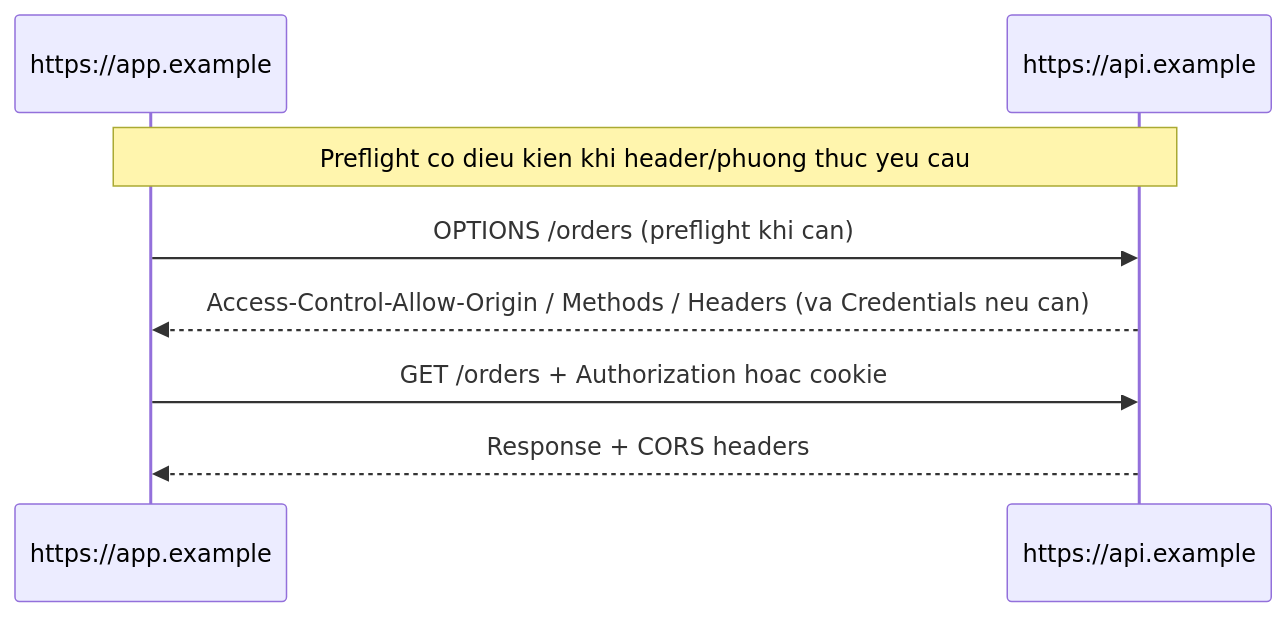
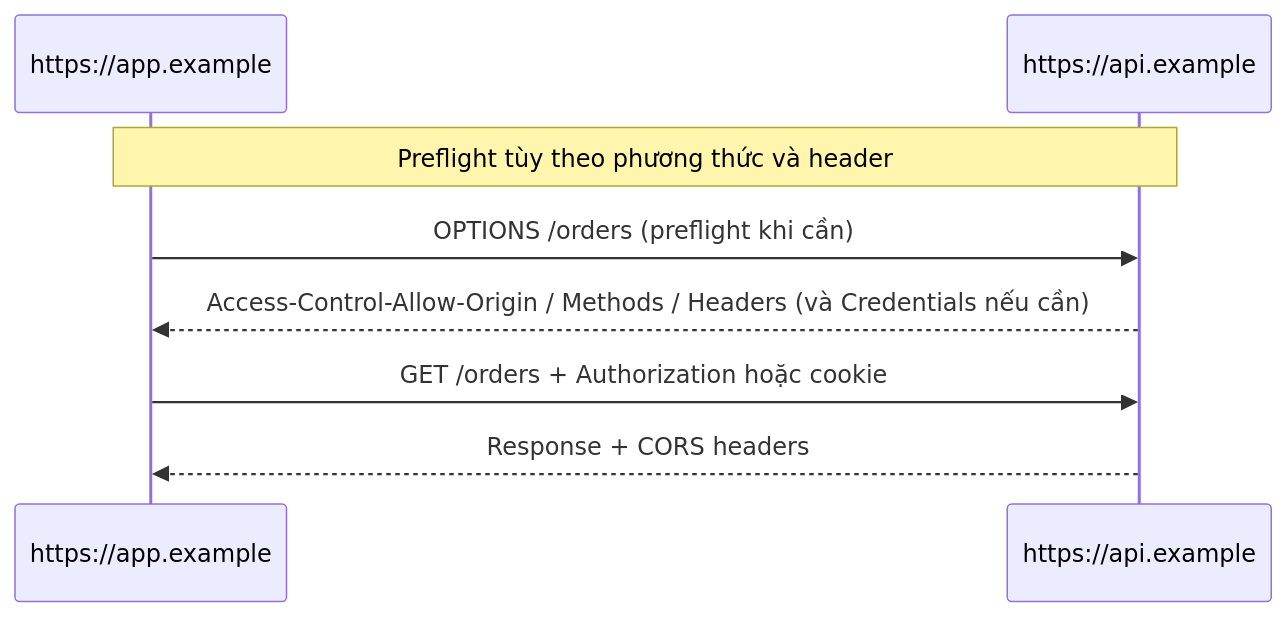
Before and after one commit to thucne/software-development-atlas: the second of 3 diagrams in content/docs/backend-engineering/auth-debugging-field-guide.vi.mdx, drawn with Mermaid.

Commit message:
docs(auth): localize conditional preflight diagram labels

````diff
--- a/content/docs/backend-engineering/auth-debugging-field-guide.vi.mdx
+++ b/content/docs/backend-engineering/auth-debugging-field-guide.vi.mdx
@@ -115,11 +115,11 @@
 ```mermaid
 sequenceDiagram
   participant SPA as https://app.example
   participant API as https://api.example
 
-  Note over SPA,API: Preflight co dieu kien khi header/phuong thuc yeu cau
-  SPA->>API: OPTIONS /orders (preflight khi can)
-  API-->>SPA: Access-Control-Allow-Origin / Methods / Headers (va Credentials neu can)
-  SPA->>API: GET /orders + Authorization hoac cookie
+  Note over SPA,API: Preflight tùy theo phương thức và header
+  SPA->>API: OPTIONS /orders (preflight khi cần)
+  API-->>SPA: Access-Control-Allow-Origin / Methods / Headers (và Credentials nếu cần)
+  SPA->>API: GET /orders + Authorization hoặc cookie
   API-->>SPA: Response + CORS headers
 ```
````
